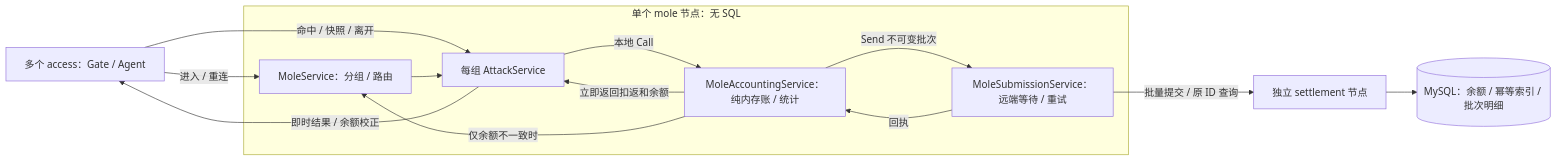
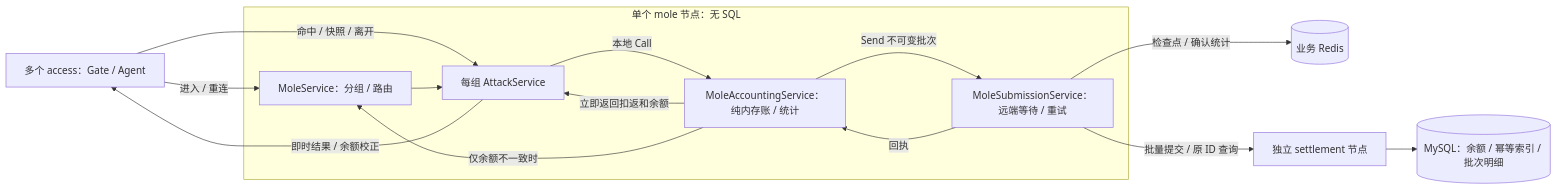
The diagram in docs/DESIGN.md (cnooljaw/gsrdemo), drawn with Mermaid before and after one commit. The commit also changed other lines of this file and 27 other files, not shown here.

````diff
--- a/docs/DESIGN.md
+++ b/docs/DESIGN.md
@@ -143,16 +143,17 @@
 ```mermaid
 flowchart LR
     A["多个 access：Gate / Agent"] -->|"进入 / 重连"| E
     A -->|"命中 / 快照 / 离开"| G
     subgraph M["单个 mole 节点：无 SQL"]
         E["MoleService：分组 / 路由"] --> G["每组 AttackService"]
         G -->|"本地 Call"| B["MoleAccountingService：纯内存账 / 统计"]
         B -->|"立即返回扣返和余额"| G
         B -->|"Send 不可变批次"| T["MoleSubmissionService：远端等待 / 重试"]
         T -->|"回执"| B
         B -->|"仅余额不一致时"| E
     end
     G -->|"即时结果 / 余额校正"| A
+    T -->|"检查点 / 确认统计"| R[("业务 Redis")]
     T -->|"批量提交 / 原 ID 查询"| S["独立 settlement 节点"]
     S --> D[("MySQL：余额 / 幂等索引 / 批次明细")]
 ```
````
